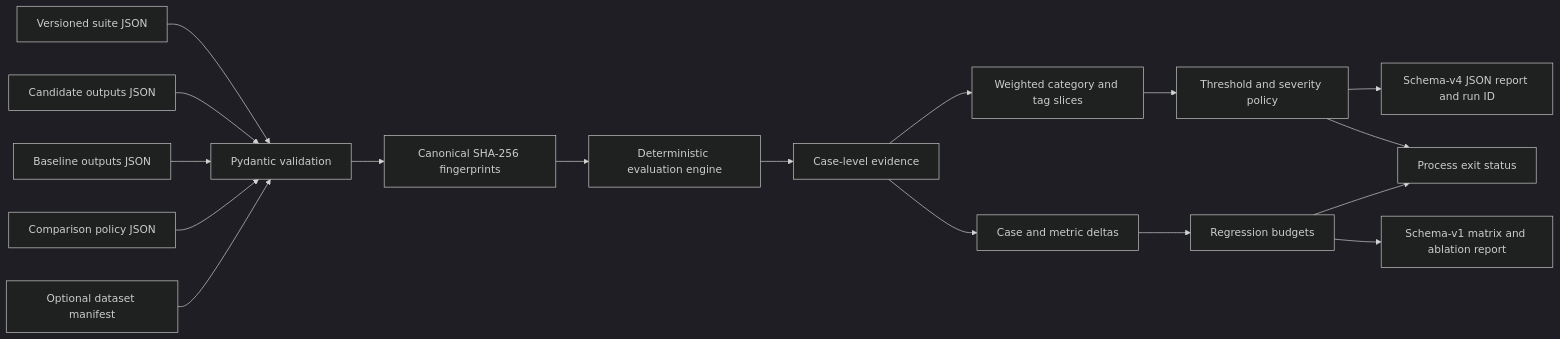
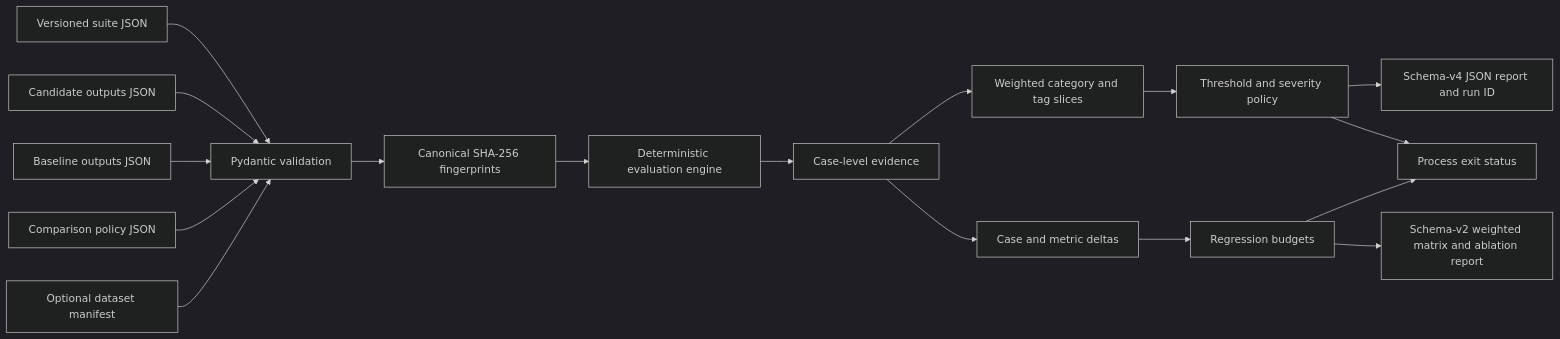
Before and after one commit to navaneeth9908/evalforge: the first of 2 diagrams in docs/architecture.md, drawn with Mermaid (dark theme). The commit also changed other lines of this file and 7 other files, not shown here.

````diff
--- a/docs/architecture.md
+++ b/docs/architecture.md
@@ -7,19 +7,19 @@
 ```mermaid
 flowchart LR
     S[Versioned suite JSON] --> V[Pydantic validation]
     O[Candidate outputs JSON] --> V
     B[Baseline outputs JSON] --> V
     C[Comparison policy JSON] --> V
     M[Optional dataset manifest] --> V
     V --> H[Canonical SHA-256 fingerprints]
     H --> E[Deterministic evaluation engine]
     E --> R[Case-level evidence]
     R --> W[Weighted category and tag slices]
     W --> G[Threshold and severity policy]
     G --> J[Schema-v4 JSON report and run ID]
     G --> X[Process exit status]
     R --> D[Case and metric deltas]
     D --> Q[Regression budgets]
-    Q --> A[Schema-v1 matrix and ablation report]
+    Q --> A[Schema-v2 weighted matrix and ablation report]
     Q --> X
 ```
````
